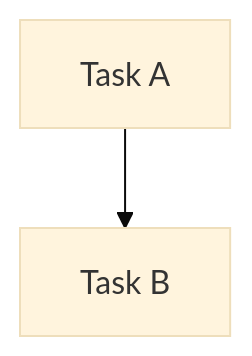
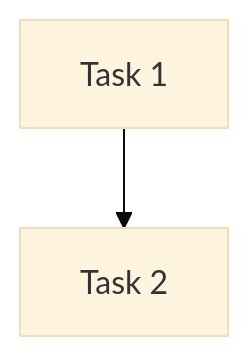
Before and after one commit to masa-codehub/issue_creator_kit: the diagram in docs/specs/logic/graph_and_validators.md, drawn with Mermaid (base theme). The commit also changed other lines of this file and 3 other files, not shown here.

Commit message:
docs(spec): update GraphBuilder and Visualizer spec based on review #328

````diff
--- a/docs/specs/logic/graph_and_validators.md
+++ b/docs/specs/logic/graph_and_validators.md
@@ -76,6 +88,6 @@
     ```mermaid
     graph TD
-        A["Task A"]
-        B["Task B"]
-        A --> B
+        task-001["Task 1"]
+        task-002["Task 2"]
+        task-001 --> task-002
     ```
````
